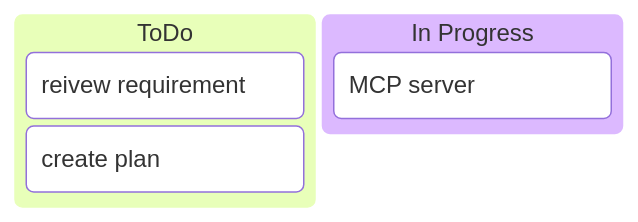
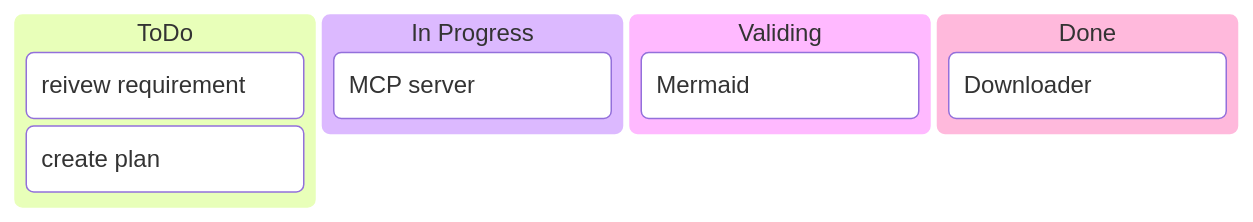
The diagram in diagram/plan.mmd (joeycmlam/mysys), drawn with Mermaid before and after one commit.

```diff
--- a/diagram/plan.mmd
+++ b/diagram/plan.mmd
@@ -1,6 +1,10 @@
 kanban
     ToDo
         [reivew requirement]
         [create plan]
     In Progress
         [MCP server]
+    Validing
+        [Mermaid]
+    Done
+        [Downloader]
```
